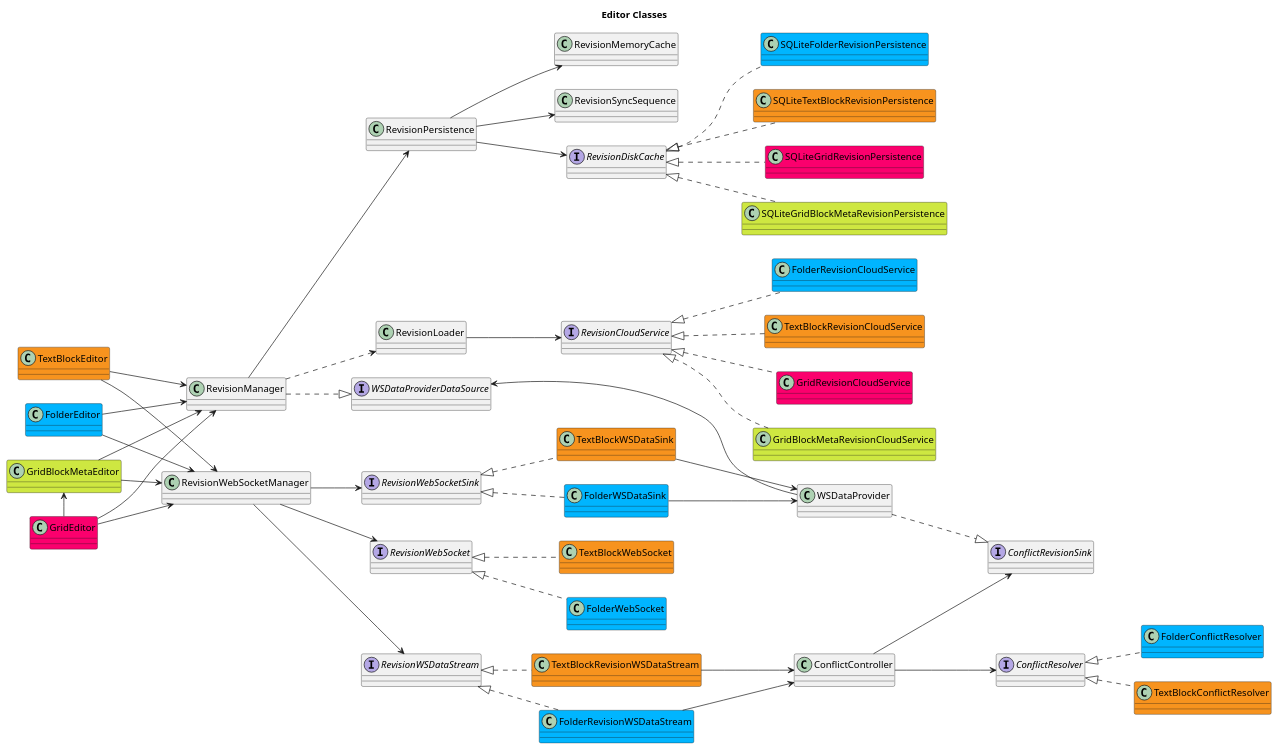
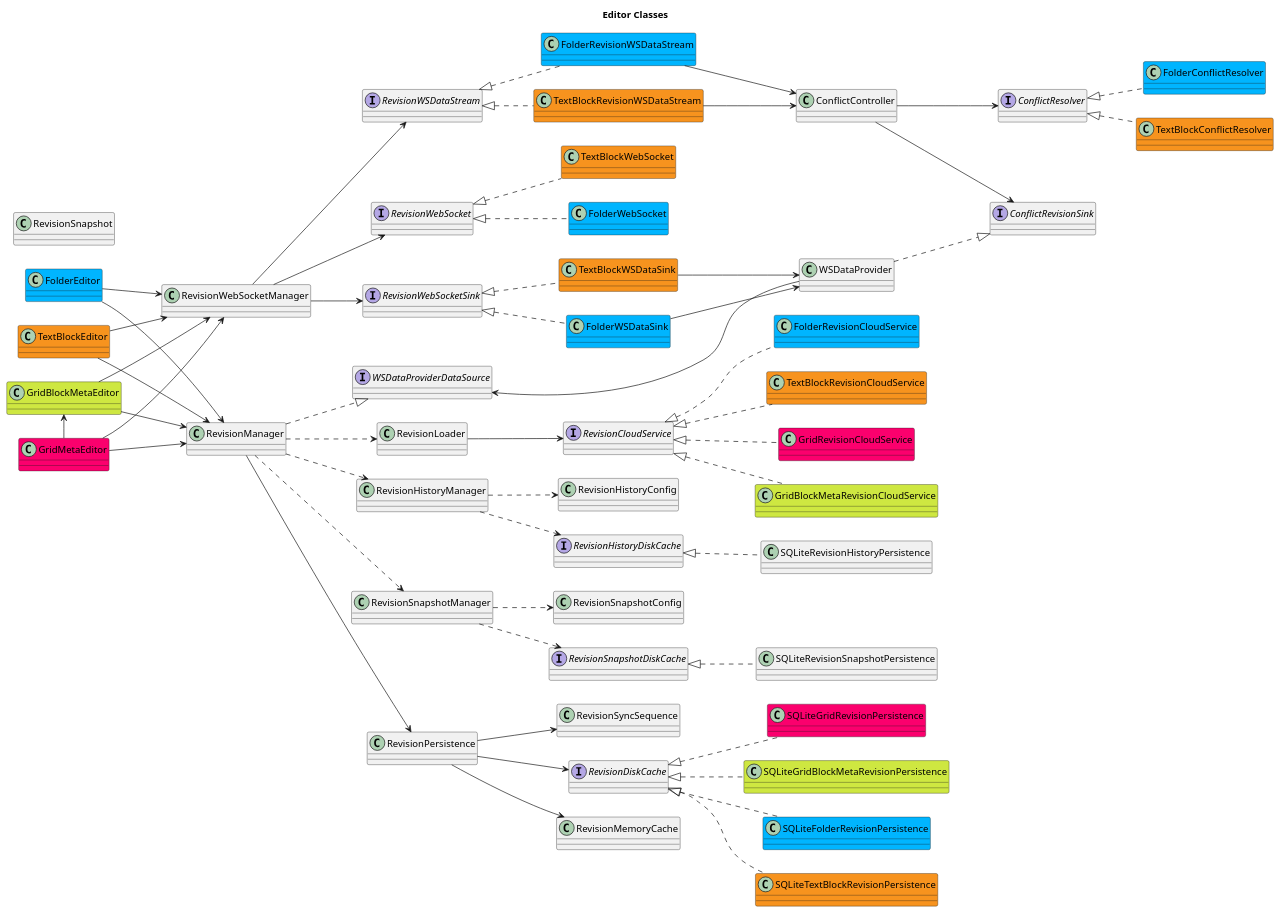
One commit to AppFlowy-IO/AppFlowy-Docs changed the first of 2 diagrams in uml/dart_flowy_sdk/revision_classes.plantuml. Above: the diagram before and after it, drawn with PlantUML. The commit also changed 3 other files, not shown here.

Commit message:
chore: udpate revision classes

```diff
--- a/uml/dart_flowy_sdk/revision_classes.plantuml
+++ b/uml/dart_flowy_sdk/revision_classes.plantuml
@@ -2,106 +2,150 @@
 @startuml AppFlowy
 title Editor Classes
 left to right direction
 
-interface RevisionWebSocket {}
-class TextBlockEditor #F7931E {}
-class FolderEditor #00B5FF {}
-class GridEditor #FB006D
-class GridBlockMetaEditor #CEE741
-
-class RevisionManager {}
-class RevisionWebSocketManager {}
-interface RevisionCloudService {}
-TextBlockEditor --> RevisionManager
-TextBlockEditor --> RevisionWebSocketManager
-
-FolderEditor --> RevisionManager
-FolderEditor --> RevisionWebSocketManager
-
-GridEditor --> RevisionManager
-GridEditor --> RevisionWebSocketManager
-
-GridEditor -l-> GridBlockMetaEditor
-GridBlockMetaEditor --> RevisionManager
-GridBlockMetaEditor --> RevisionWebSocketManager
-
-RevisionManager ..> RevisionLoader
-RevisionLoader --> RevisionCloudService
-
-class RevisionPersistence {}
-interface RevisionWebSocketSink {}
-interface RevisionWSDataStream {}
-class FolderWSDataSink #00B5FF {}
-class FolderWebSocket #00B5FF {}
-class FolderRevisionWSDataStream #00B5FF {}
-class FolderConflictResolver #00B5FF {}
-class FolderRevisionCloudService #00B5FF
-
-class TextBlockWSDataSink #F7931E {}
-class TextBlockWebSocket #F7931E {}
-class TextBlockRevisionWSDataStream #F7931E {}
-class TextBlockConflictResolver #F7931E {}
-class TextBlockRevisionCloudService #F7931E
-
-class GridRevisionCloudService #FB006D
-
-class GridBlockMetaRevisionCloudService #CEE741
+'Revision
+'    classes
+    class RevisionManager {}
+    class RevisionWebSocketManager {}
+    class RevisionPersistence {}
+    class RevisionMemoryCache {}
+    class RevisionSyncSequence {}
 
 
-RevisionManager --> RevisionPersistence
-RevisionWebSocketManager --> RevisionWebSocketSink
-RevisionWebSocketManager --> RevisionWSDataStream
-RevisionWebSocketManager --> RevisionWebSocket
+'    interface
+    interface RevisionWebSocket {}
+    interface RevisionCloudService {}
+    interface RevisionWebSocketSink {}
+    interface RevisionWSDataStream {}
+    interface RevisionDiskCache {}
 
-FolderWSDataSink .u.|> RevisionWebSocketSink
-TextBlockWSDataSink .u.|> RevisionWebSocketSink
-FolderWSDataSink --> WSDataProvider
-TextBlockWSDataSink --> WSDataProvider
+'    interface impl
+    RevisionManager ..|> WSDataProviderDataSource
 
-TextBlockWebSocket .u.|> RevisionWebSocket
-FolderWebSocket .u.|> RevisionWebSocket
+'   websocket
+    RevisionWebSocketManager --> RevisionWebSocketSink
+    RevisionWebSocketManager --> RevisionWSDataStream
+    RevisionWebSocketManager --> RevisionWebSocket
 
-TextBlockRevisionCloudService .u.|> RevisionCloudService
-TextBlockRevisionWSDataStream .u.|> RevisionWSDataStream
-TextBlockRevisionWSDataStream --> ConflictController
+'   deps
+    RevisionManager ..> RevisionLoader
+    RevisionLoader --> RevisionCloudService
+    RevisionManager --> RevisionPersistence
+    RevisionPersistence -d-> RevisionDiskCache
+    RevisionPersistence -d-> RevisionMemoryCache
+    RevisionPersistence -d-> RevisionSyncSequence
 
-FolderRevisionCloudService .u.|> RevisionCloudService
-FolderRevisionWSDataStream .U.|> RevisionWSDataStream
-FolderRevisionWSDataStream --> ConflictController
+'Folder
+'    classes
+    class FolderEditor #00B5FF {}
+    class FolderWSDataSink #00B5FF {}
+    class FolderWebSocket #00B5FF {}
+    class FolderRevisionWSDataStream #00B5FF {}
+    class FolderConflictResolver #00B5FF {}
+    class FolderRevisionCloudService #00B5FF
+    class SQLiteFolderRevisionPersistence #00B5FF  {}
 
-GridRevisionCloudService .u.|> RevisionCloudService
+'   interface impl
+    SQLiteFolderRevisionPersistence .u.|> RevisionDiskCache
+    FolderConflictResolver .u.|> ConflictResolver
 
-GridBlockMetaRevisionCloudService .u.|> RevisionCloudService
+'    websocket
+    FolderRevisionWSDataStream .U.|> RevisionWSDataStream
+    FolderRevisionWSDataStream --> ConflictController
+    FolderWebSocket .u.|> RevisionWebSocket
+    FolderWSDataSink .u.|> RevisionWebSocketSink
+    FolderWSDataSink --> WSDataProvider
+
+'   deps
+    FolderEditor --> RevisionManager
+    FolderEditor --> RevisionWebSocketManager
+    FolderRevisionCloudService .u.|> RevisionCloudService
+
+'TextBlock
+'   classes
+    class TextBlockEditor #F7931E {}
+    class TextBlockWSDataSink #F7931E {}
+    class TextBlockWebSocket #F7931E {}
+    class TextBlockRevisionWSDataStream #F7931E {}
+    class TextBlockConflictResolver #F7931E {}
+    class TextBlockRevisionCloudService #F7931E
+    class SQLiteTextBlockRevisionPersistence #F7931E {}
+
+'   interface impl
+    SQLiteTextBlockRevisionPersistence .u.|> RevisionDiskCache
+    TextBlockConflictResolver .u.|> ConflictResolver
+
+'    websocket
+    TextBlockRevisionWSDataStream .u.|> RevisionWSDataStream
+    TextBlockRevisionWSDataStream --> ConflictController
+    TextBlockWebSocket .u.|> RevisionWebSocket
+    TextBlockWSDataSink .u.|> RevisionWebSocketSink
+    TextBlockWSDataSink --> WSDataProvider
+
+'   deps
+    TextBlockEditor --> RevisionManager
+    TextBlockEditor --> RevisionWebSocketManager
+    TextBlockRevisionCloudService .u.|> RevisionCloudService
+
+'Grid
+'   classes
+    class GridMetaEditor #FB006D
+    class GridBlockMetaEditor #CEE741
+    class GridRevisionCloudService #FB006D
+    class GridBlockMetaRevisionCloudService #CEE741
+    class SQLiteGridRevisionPersistence #FB006D {}
+    class SQLiteGridBlockMetaRevisionPersistence #CEE741 {}
+
+'   interface impl
+    SQLiteGridRevisionPersistence .u.|> RevisionDiskCache
+    SQLiteGridBlockMetaRevisionPersistence .u.|> RevisionDiskCache
+
+'   deps
+    GridMetaEditor --> RevisionManager
+    GridMetaEditor --> RevisionWebSocketManager
+    GridMetaEditor -l-> GridBlockMetaEditor
+    GridBlockMetaEditor --> RevisionManager
+    GridBlockMetaEditor --> RevisionWebSocketManager
+    GridRevisionCloudService .u.|> RevisionCloudService
+    GridBlockMetaRevisionCloudService .u.|> RevisionCloudService
+
+
+'History
+'   classes
+    class RevisionHistoryManager {}
+
+'   interface
+    interface RevisionHistoryDiskCache {}
+
+'   interface impl
+    SQLiteRevisionHistoryPersistence .u.|> RevisionHistoryDiskCache
+
+'   deps
+    RevisionManager ..> RevisionHistoryManager
+    RevisionHistoryManager ..> RevisionHistoryConfig
+    RevisionHistoryManager ..> RevisionHistoryDiskCache
+
+'Snapshot
+'   classes
+    class RevisionSnapshot {}
+'   interface
+    interface RevisionSnapshotDiskCache {}
+
+'   interface impl
+    SQLiteRevisionSnapshotPersistence .u.|> RevisionSnapshotDiskCache
+
+'   deps
+    RevisionManager ..> RevisionSnapshotManager
+    RevisionSnapshotManager ..> RevisionSnapshotConfig
+    RevisionSnapshotManager ..> RevisionSnapshotDiskCache
 
 
 interface ConflictResolver {}
 interface ConflictRevisionSink {}
 interface WSDataProviderDataSource {}
 ConflictController --> ConflictResolver
 ConflictController --> ConflictRevisionSink
-TextBlockConflictResolver .u.|> ConflictResolver
-FolderConflictResolver .u.|> ConflictResolver
+
 WSDataProvider ..|> ConflictRevisionSink
 WSDataProvider -l-> WSDataProviderDataSource
-RevisionManager ..|> WSDataProviderDataSource
-
-interface RevisionDiskCache {}
-class RevisionMemoryCache {}
-class RevisionSyncSequence {}
-RevisionPersistence -d-> RevisionDiskCache
-RevisionPersistence -d-> RevisionMemoryCache
-RevisionPersistence -d-> RevisionSyncSequence
-
-class SQLiteFolderRevisionPersistence #00B5FF  {}
-SQLiteFolderRevisionPersistence .u.|> RevisionDiskCache
-
-class SQLiteTextBlockRevisionPersistence #F7931E {}
-SQLiteTextBlockRevisionPersistence .u.|> RevisionDiskCache
-
-class SQLiteGridRevisionPersistence #FB006D {}
-SQLiteGridRevisionPersistence .u.|> RevisionDiskCache
-
-class SQLiteGridBlockMetaRevisionPersistence #CEE741 {}
-SQLiteGridBlockMetaRevisionPersistence .u.|> RevisionDiskCache
-
 @enduml
```
